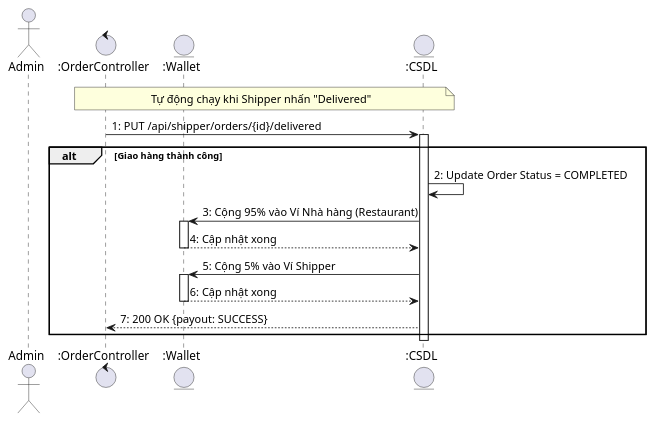
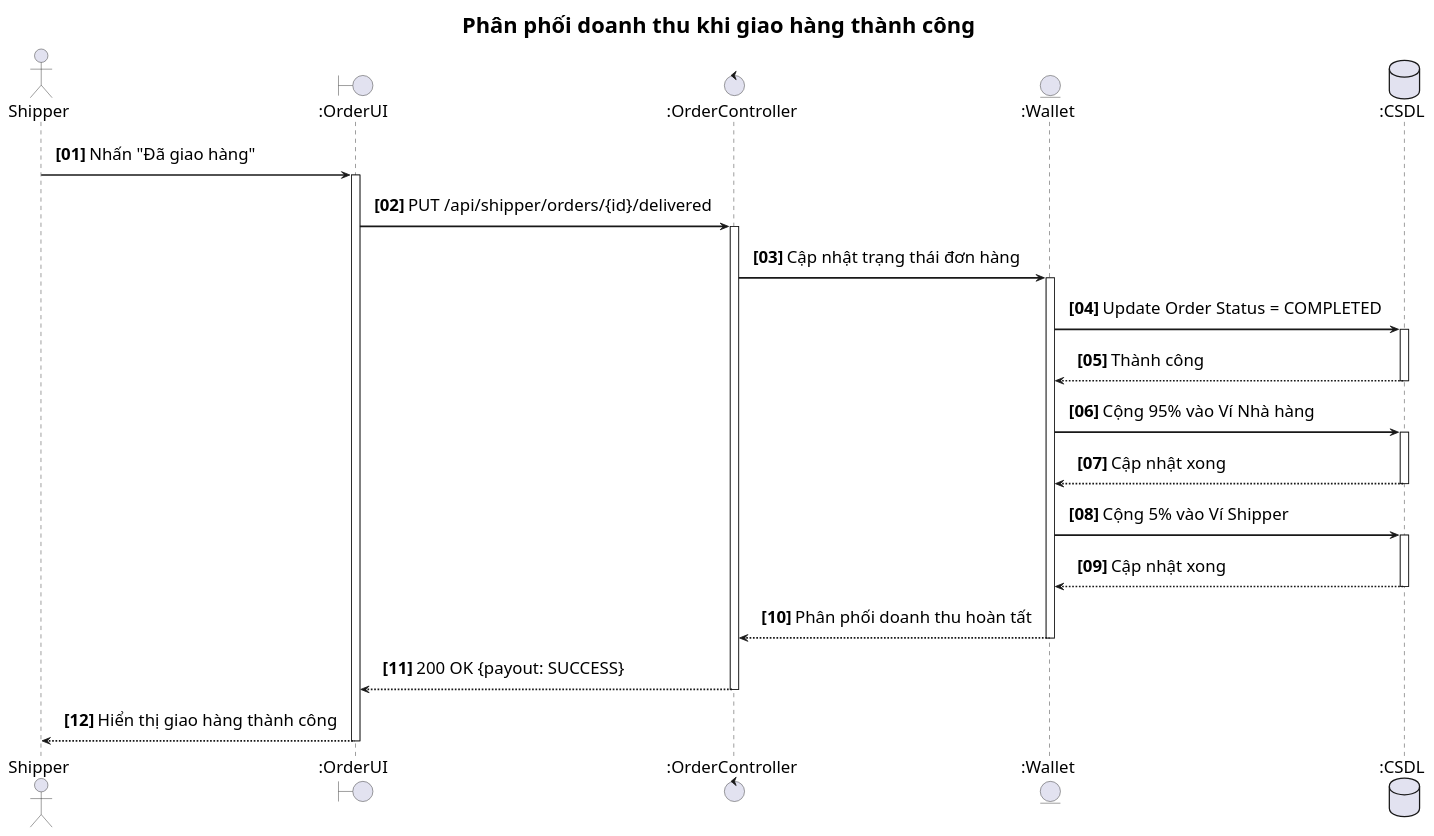
Before and after one commit to Gonztbl/DATN_FRONT-END: the diagram in front-end/src/usecaseUML/UC78_PhanPhoiDoanhThu.puml, drawn with PlantUML. The commit also changed 45 other files, not shown here.

```diff
--- a/front-end/src/usecaseUML/UC78_PhanPhoiDoanhThu.puml
+++ b/front-end/src/usecaseUML/UC78_PhanPhoiDoanhThu.puml
@@ -1,29 +1,57 @@
 @startuml UC78_PhanPhoiDoanhThu
-actor Admin
+title Phân phối doanh thu khi giao hàng thành công
+
+autonumber "<b>[00]</b>"
+skinparam sequenceArrowThickness 2
+skinparam roundcorner 10
+skinparam defaultFontSize 20
+skinparam titleFontSize 26
+skinparam sequenceFontSize 19
+skinparam sequenceMessageFontSize 20
+skinparam sequenceActorFontSize 20
+skinparam sequenceParticipantFontSize 20
+skinparam noteFontSize 18
+skinparam sequenceArrowFontSize 20
+skinparam sequence {
+    ParticipantPadding 30
+    LifeLinePadding 20
+    MessagePadding 10
+}
+
+actor "Shipper" as Shipper
+boundary ":OrderUI" as UI
 control ":OrderController" as CTRL
-entity ":Wallet" as WALT
-entity ":CSDL" as DB
+entity ":Wallet" as ENT
+database ":CSDL" as DB
 
-NOTE over CTRL, DB: Tự động chạy khi Shipper nhấn "Delivered"
+Shipper -> UI : Nhấn "Đã giao hàng"
+activate UI
 
-CTRL -> DB : 1: PUT /api/shipper/orders/{id}/delivered
+UI -> CTRL : PUT /api/shipper/orders/{id}/delivered
+activate CTRL
+CTRL -> ENT : Cập nhật trạng thái đơn hàng
+activate ENT
+ENT -> DB : Update Order Status = COMPLETED
 activate DB
-
-alt Giao hàng thành công
-    DB -> DB : 2: Update Order Status = COMPLETED
-    
-    DB -> WALT : 3: Cộng 95% vào Ví Nhà hàng (Restaurant)
-    activate WALT
-    WALT --> DB : 4: Cập nhật xong
-    deactivate WALT
-    
-    DB -> WALT : 5: Cộng 5% vào Ví Shipper
-    activate WALT
-    WALT --> DB : 6: Cập nhật xong
-    deactivate WALT
-    
-    DB --> CTRL : 7: 200 OK {payout: SUCCESS}
-end
+DB --> ENT : Thành công
 deactivate DB
 
+ENT -> DB : Cộng 95% vào Ví Nhà hàng
+activate DB
+DB --> ENT : Cập nhật xong
+deactivate DB
+
+ENT -> DB : Cộng 5% vào Ví Shipper
+activate DB
+DB --> ENT : Cập nhật xong
+deactivate DB
+
+ENT --> CTRL : Phân phối doanh thu hoàn tất
+deactivate ENT
+CTRL --> UI : 200 OK {payout: SUCCESS}
+deactivate CTRL
+
+UI --> Shipper : Hiển thị giao hàng thành công
+
+deactivate UI
 @enduml
```
